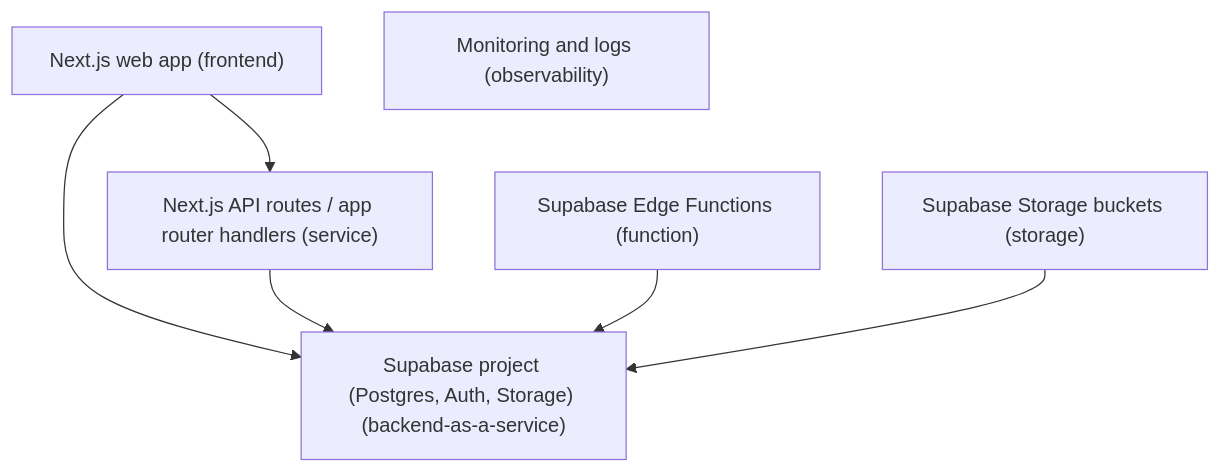
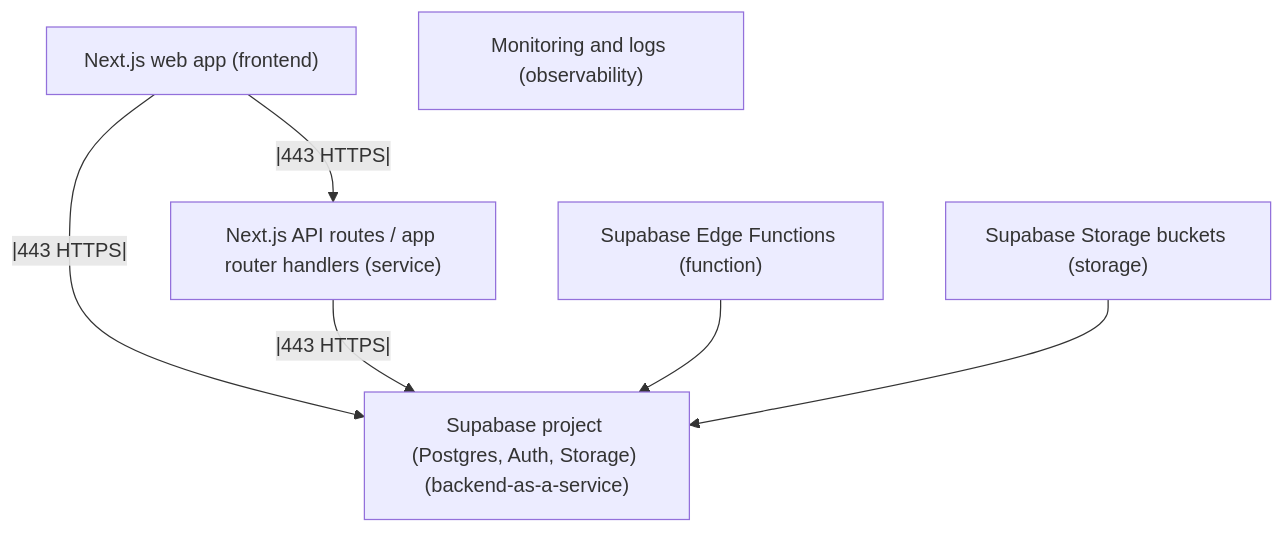
One commit to casualuser/casualuser.github.io changed the diagram in docs/blueprints/node-next-supabase.mmd. Above: the diagram before and after it, drawn with Mermaid. The commit also changed 6 other files, not shown here.

Commit message:
blueprints: add protocol/port labels to Mermaid diagram arrows, style diagram containers with dark background and shadow, update solutions page to separate diagram links from blueprint descriptions

```diff
--- a/docs/blueprints/node-next-supabase.mmd
+++ b/docs/blueprints/node-next-supabase.mmd
@@ -1,13 +1,13 @@
 %% Autogenerated from codemap node-next-supabase; do not edit by hand.
 graph TD
   web["Next.js web app (frontend)"]
   api["Next.js API routes / app router handlers (service)"]
   supabase["Supabase project (Postgres, Auth, Storage) (backend-as-a-service)"]
   edge_functions["Supabase Edge Functions (function)"]
   storage["Supabase Storage buckets (storage)"]
   observability["Monitoring and logs (observability)"]
-  web --> api
-  web --> supabase
-  api --> supabase
+  web --|443 HTTPS|--> api
+  web --|443 HTTPS|--> supabase
+  api --|443 HTTPS|--> supabase
   edge_functions --> supabase
   storage --> supabase
```
